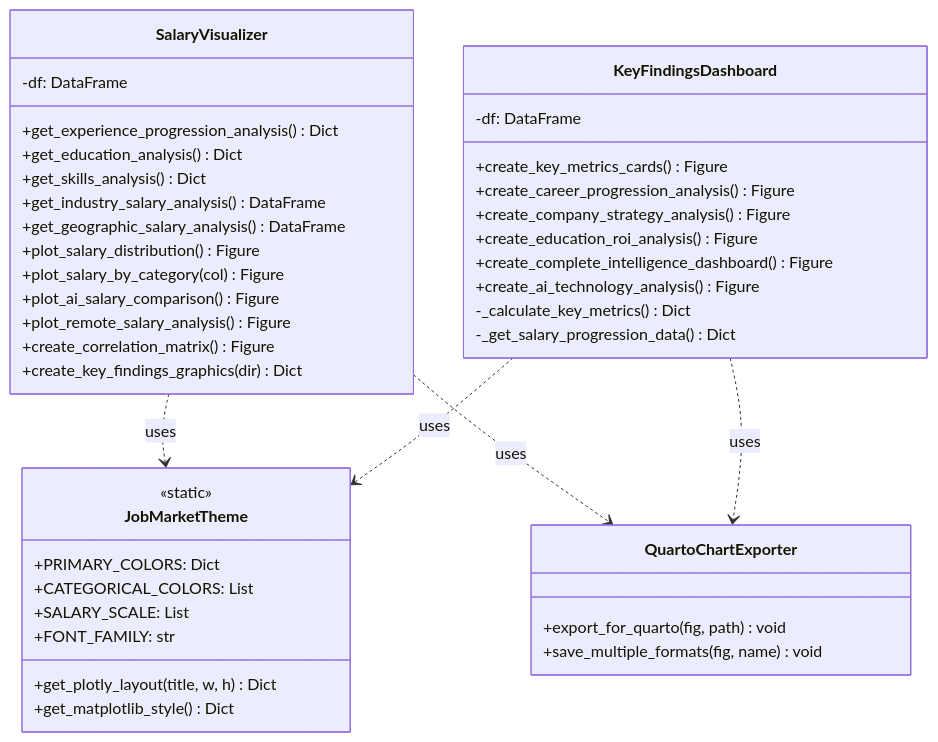
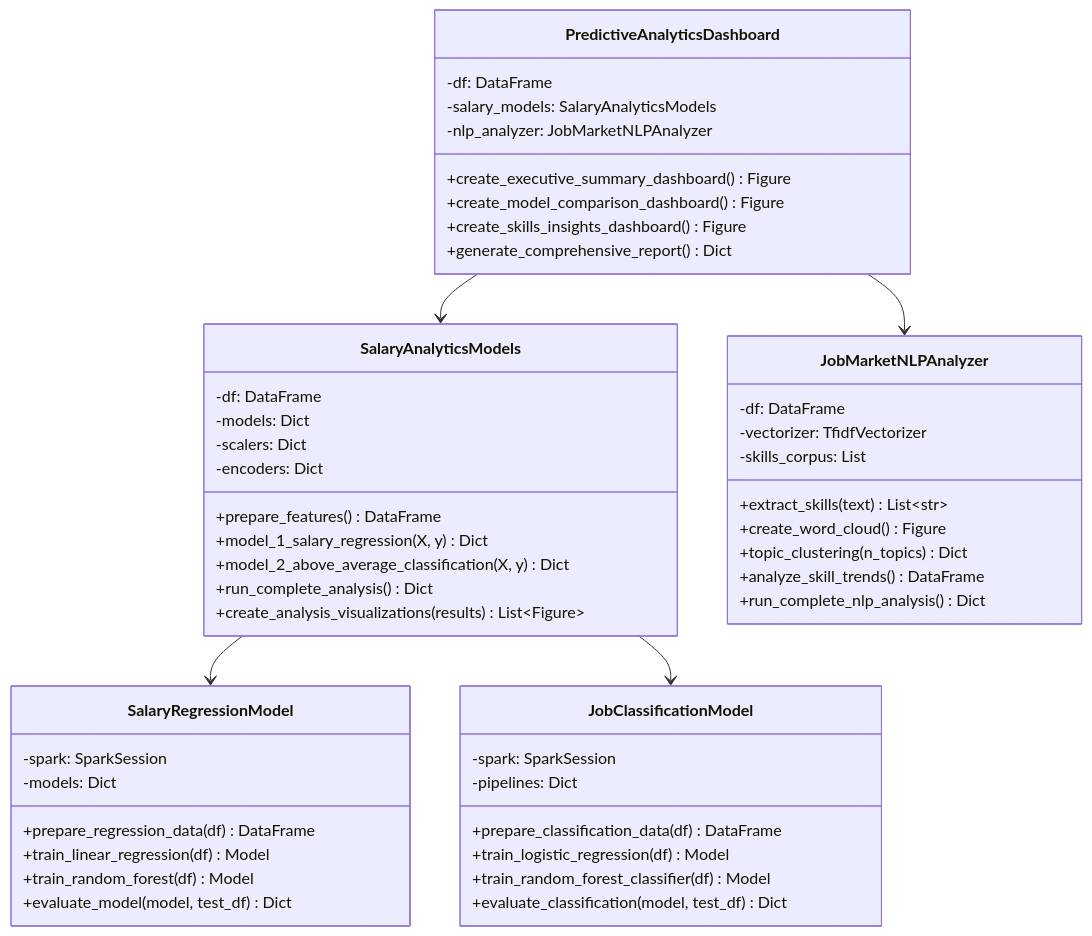
The eighth of 11 diagrams in ARCHITECTURE.md (samarthya/ad688-scratch), drawn with Mermaid before and after one commit. The commit also changed other lines of this file and 5 other files, not shown here.

````diff
--- a/ARCHITECTURE.md
+++ b/ARCHITECTURE.md
@@ -224,49 +422,58 @@
 ```mermaid
 classDiagram
-    class SalaryVisualizer {
+    class SalaryAnalyticsModels {
         -df: DataFrame
-        +get_experience_progression_analysis() Dict
-        +get_education_analysis() Dict
-        +get_skills_analysis() Dict
-        +get_industry_salary_analysis() DataFrame
-        +get_geographic_salary_analysis() DataFrame
-        +plot_salary_distribution() Figure
-        +plot_salary_by_category(col) Figure
-        +plot_ai_salary_comparison() Figure
-        +plot_remote_salary_analysis() Figure
-        +create_correlation_matrix() Figure
-        +create_key_findings_graphics(dir) Dict
+        -models: Dict
+        -scalers: Dict
+        -encoders: Dict
+        +prepare_features() DataFrame
+        +model_1_salary_regression(X, y) Dict
+        +model_2_above_average_classification(X, y) Dict
+        +run_complete_analysis() Dict
+        +create_analysis_visualizations(results) List~Figure~
     }
 
-    class KeyFindingsDashboard {
+    class JobMarketNLPAnalyzer {
         -df: DataFrame
-        +create_key_metrics_cards() Figure
-        +create_career_progression_analysis() Figure
-        +create_company_strategy_analysis() Figure
-        +create_education_roi_analysis() Figure
-        +create_complete_intelligence_dashboard() Figure
-        +create_ai_technology_analysis() Figure
-        -_calculate_key_metrics() Dict
-        -_get_salary_progression_data() Dict
+        -vectorizer: TfidfVectorizer
+        -skills_corpus: List
+        +extract_skills(text) List~str~
+        +create_word_cloud() Figure
+        +topic_clustering(n_topics) Dict
+        +analyze_skill_trends() DataFrame
+        +run_complete_nlp_analysis() Dict
     }
 
-    class JobMarketTheme {
-        <<static>>
-        +PRIMARY_COLORS: Dict
-        +CATEGORICAL_COLORS: List
-        +SALARY_SCALE: List
-        +FONT_FAMILY: str
-        +get_plotly_layout(title, w, h) Dict
-        +get_matplotlib_style() Dict
+    class PredictiveAnalyticsDashboard {
+        -df: DataFrame
+        -salary_models: SalaryAnalyticsModels
+        -nlp_analyzer: JobMarketNLPAnalyzer
+        +create_executive_summary_dashboard() Figure
+        +create_model_comparison_dashboard() Figure
+        +create_skills_insights_dashboard() Figure
+        +generate_comprehensive_report() Dict
     }
 
-    class QuartoChartExporter {
-        +export_for_quarto(fig, path) void
-        +save_multiple_formats(fig, name) void
+    class SalaryRegressionModel {
+        -spark: SparkSession
+        -models: Dict
+        +prepare_regression_data(df) DataFrame
+        +train_linear_regression(df) Model
+        +train_random_forest(df) Model
+        +evaluate_model(model, test_df) Dict
     }
 
-    SalaryVisualizer ..> JobMarketTheme : uses
-    KeyFindingsDashboard ..> JobMarketTheme : uses
-    SalaryVisualizer ..> QuartoChartExporter : uses
-    KeyFindingsDashboard ..> QuartoChartExporter : uses
+    class JobClassificationModel {
+        -spark: SparkSession
+        -pipelines: Dict
+        +prepare_classification_data(df) DataFrame
+        +train_logistic_regression(df) Model
+        +train_random_forest_classifier(df) Model
+        +evaluate_classification(model, test_df) Dict
+    }
+
+    PredictiveAnalyticsDashboard --> SalaryAnalyticsModels
+    PredictiveAnalyticsDashboard --> JobMarketNLPAnalyzer
+    SalaryAnalyticsModels --> SalaryRegressionModel
+    SalaryAnalyticsModels --> JobClassificationModel
 ```
````
